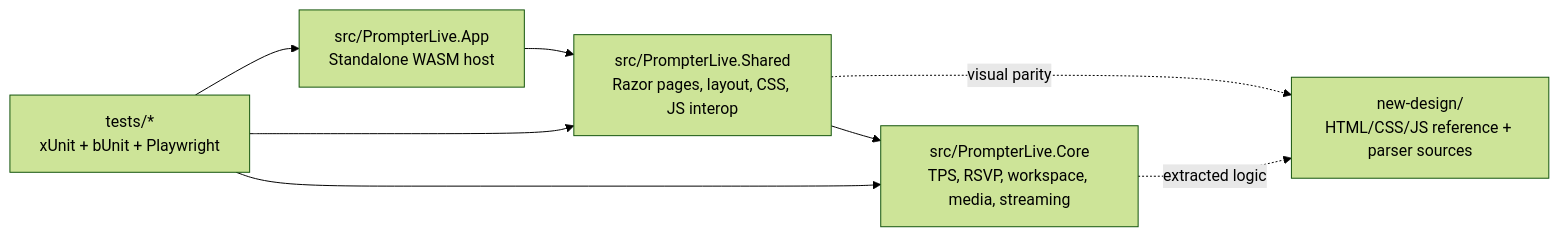
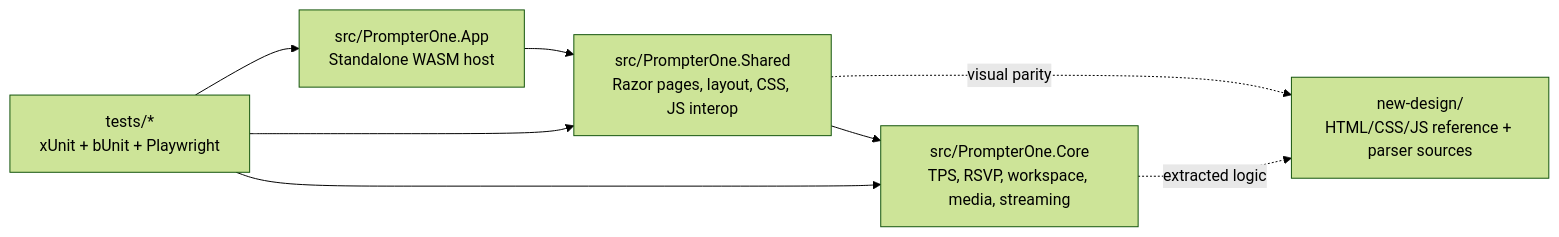
The first of 12 diagrams in docs/Architecture.md (managedcode/PrompterOne), drawn with Mermaid (forest theme) before and after one commit. The commit also changed other lines of this file and 895 other files, not shown here.

Commit message:
rename to PrompterOne

````diff
--- a/docs/Architecture.md
+++ b/docs/Architecture.md
@@ -47,16 +47,16 @@
 ```mermaid
 flowchart LR
-    App["src/PrompterLive.App<br/>Standalone WASM host"]
-    Shared["src/PrompterLive.Shared<br/>Razor pages, layout, CSS, JS interop"]
-    Core["src/PrompterLive.Core<br/>TPS, RSVP, workspace, media, streaming"]
+    App["src/PrompterOne.App<br/>Standalone WASM host"]
+    Shared["src/PrompterOne.Shared<br/>Razor pages, layout, CSS, JS interop"]
+    Core["src/PrompterOne.Core<br/>TPS, RSVP, workspace, media, streaming"]
     NewDesign["new-design/<br/>HTML/CSS/JS reference + parser sources"]
     Tests["tests/*<br/>xUnit + bUnit + Playwright"]
 
     App --> Shared
     Shared --> Core
     Shared -. visual parity .-> NewDesign
     Core -. extracted logic .-> NewDesign
     Tests --> App
     Tests --> Shared
     Tests --> Core
 ```
````
